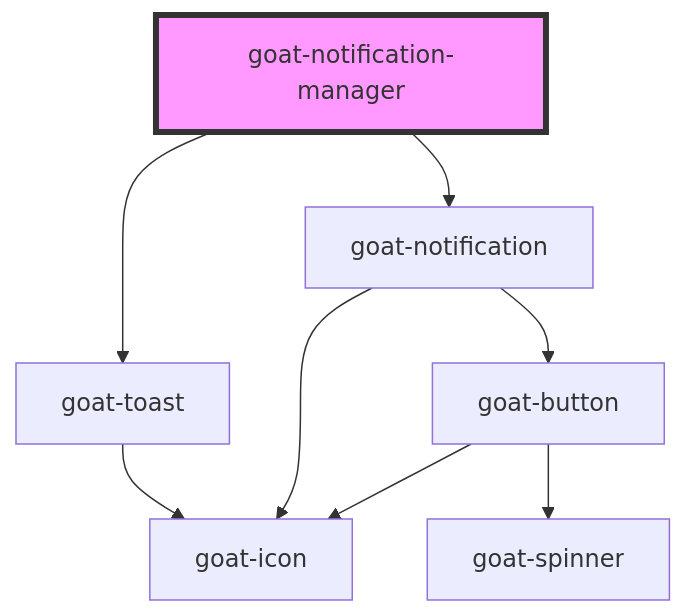
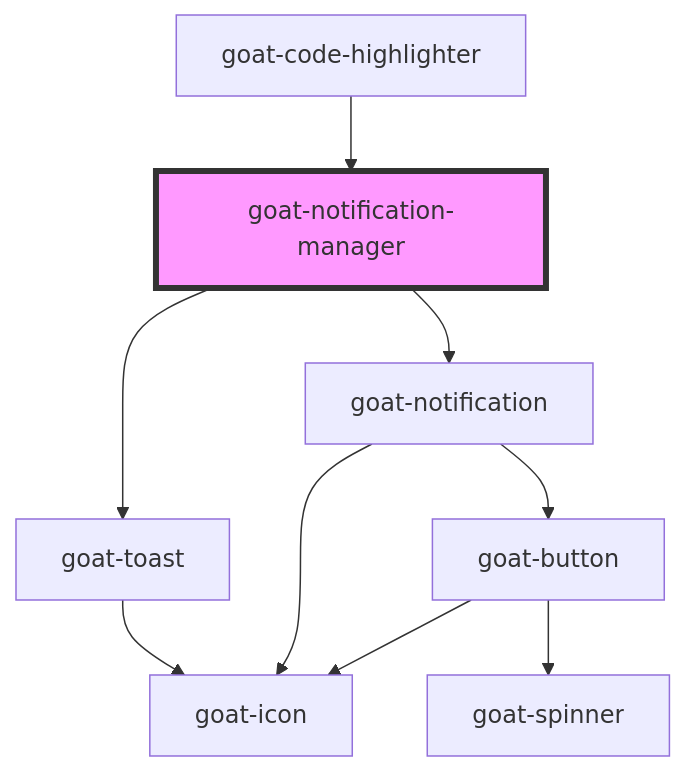
One commit to goatui/components changed the diagram in src/components/notification-manager/readme.md. Above: the diagram before and after it, drawn with Mermaid. The commit also changed other lines of this file and 2 other files, not shown here.

````diff
--- a/src/components/notification-manager/readme.md
+++ b/src/components/notification-manager/readme.md
@@ -24,11 +28,12 @@
 ```mermaid
 graph TD;
   goat-notification-manager --> goat-toast
   goat-notification-manager --> goat-notification
   goat-toast --> goat-icon
   goat-notification --> goat-button
   goat-notification --> goat-icon
   goat-button --> goat-icon
   goat-button --> goat-spinner
+  goat-code-highlighter --> goat-notification-manager
   style goat-notification-manager fill:#f9f,stroke:#333,stroke-width:4px
 ```
````
